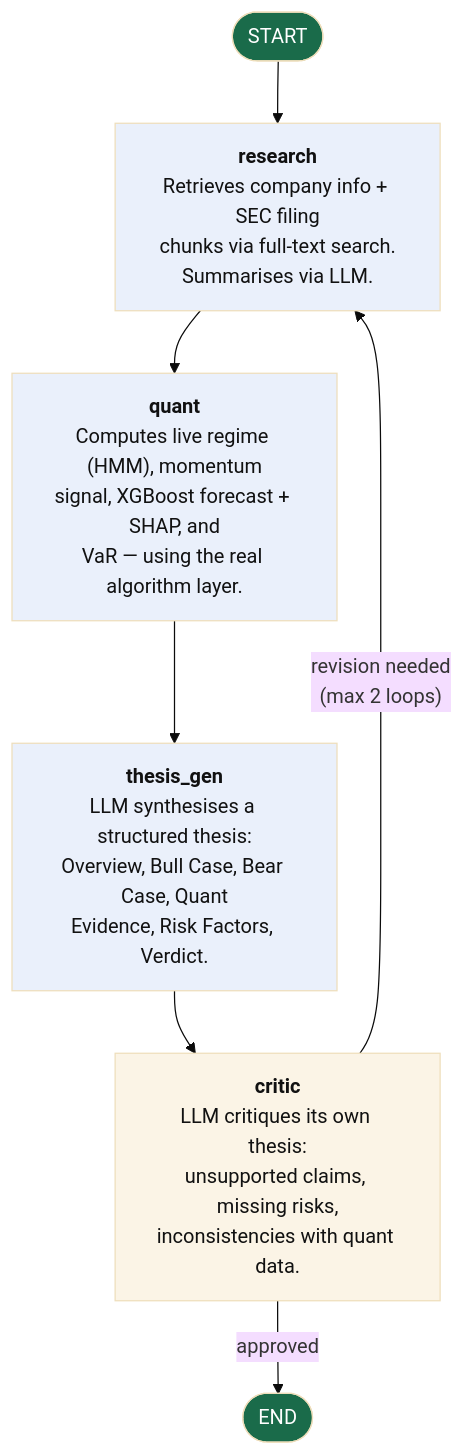
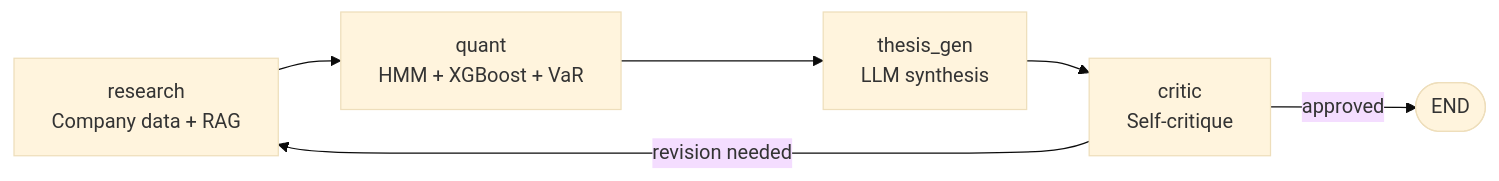
Before and after one commit to CodeRockerr/AEQUITAS: the second of 2 diagrams in README.md, drawn with Mermaid (base theme). The commit also changed other lines of this file, not shown here.

Commit message:
docs: update README to v0.12.0 - AI chat widget, C++ kernels, full architecture

````diff
--- a/README.md
+++ b/README.md
@@ -209,25 +195,8 @@
 ```mermaid
-flowchart TD
-    START(["START"]) --> research
-
-    research["<b>research</b><br/>Retrieves company info + SEC filing<br/>chunks via full-text search.<br/>Summarises via LLM."]
-    research --> quant
-
-    quant["<b>quant</b><br/>Computes live regime (HMM), momentum<br/>signal, XGBoost forecast + SHAP, and<br/>VaR — using the real algorithm layer."]
-    quant --> thesis_gen
-
-    thesis_gen["<b>thesis_gen</b><br/>LLM synthesises a structured thesis:<br/>Overview, Bull Case, Bear Case, Quant<br/>Evidence, Risk Factors, Verdict."]
-    thesis_gen --> critic
-
-    critic["<b>critic</b><br/>LLM critiques its own thesis:<br/>unsupported claims, missing risks,<br/>inconsistencies with quant data."]
-
-    critic -->|"revision needed<br/>(max 2 loops)"| research
+flowchart LR
+    research["research<br/>Company data + RAG"] --> quant["quant<br/>HMM + XGBoost + VaR"]
+    quant --> thesis_gen["thesis_gen<br/>LLM synthesis"]
+    thesis_gen --> critic["critic<br/>Self-critique"]
+    critic -->|"revision needed"| research
     critic -->|"approved"| END(["END"])
-
-    style START fill:#1A6B4A,color:#fff
-    style END fill:#1A6B4A,color:#fff
-    style research fill:#EAF0FB,color:#111
-    style quant fill:#EAF0FB,color:#111
-    style thesis_gen fill:#EAF0FB,color:#111
-    style critic fill:#FBF4E6,color:#111
 ```
````
